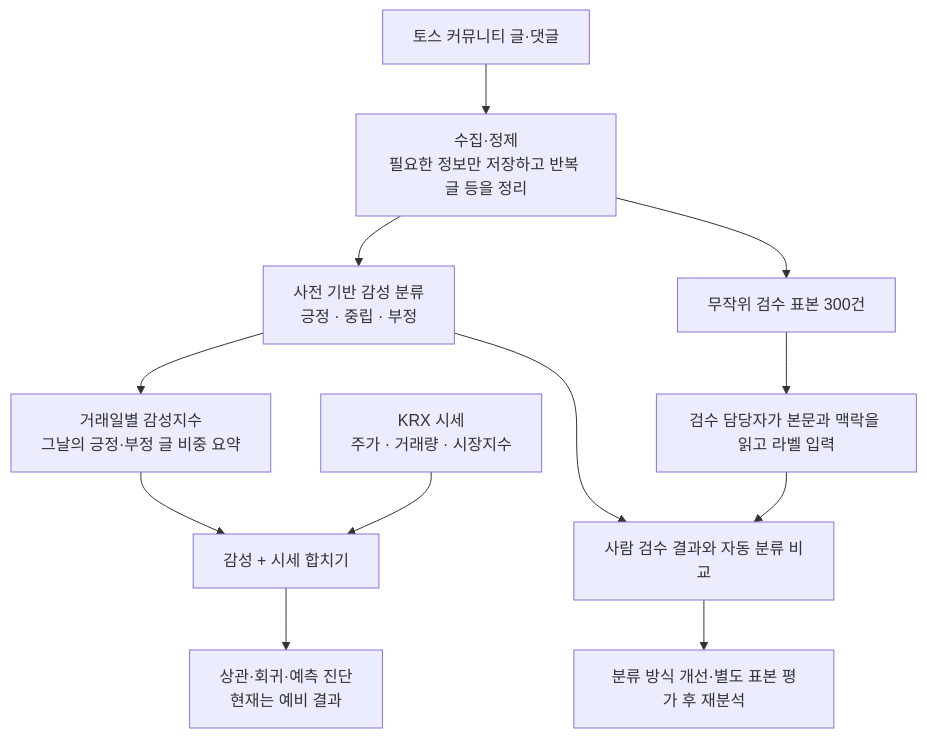
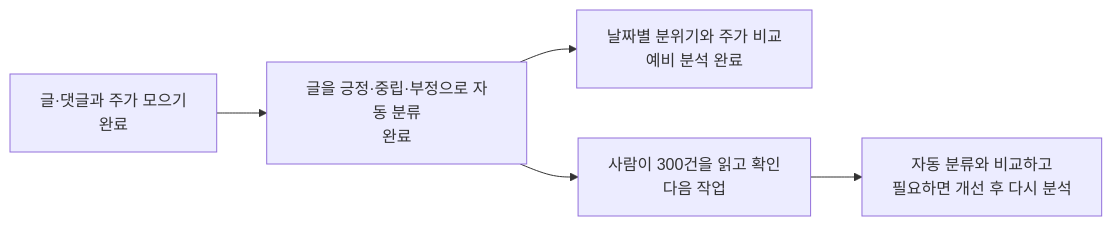
Before and after one commit to devCollegit/social_media_2026: the first of 3 diagrams in 김정기/data_collection/README.md, drawn with Mermaid. The commit also changed other lines of this file and 2 other files, not shown here.

````diff
--- a/김정기/data_collection/README.md
+++ b/김정기/data_collection/README.md
@@ -21,14 +11,7 @@
 ```mermaid
-flowchart TD
-    A["토스 커뮤니티 글·댓글"] --> B["수집·정제<br/>필요한 정보만 저장하고 반복 글 등을 정리"]
-    B --> C["사전 기반 감성 분류<br/>긍정 · 중립 · 부정"]
-    C --> D["거래일별 감성지수<br/>그날의 긍정·부정 글 비중 요약"]
-    M["KRX 시세<br/>주가 · 거래량 · 시장지수"] --> E["감성 + 시세 합치기"]
-    D --> E
-    E --> F["상관·회귀·예측 진단<br/>현재는 예비 결과"]
-    B --> R["무작위 검수 표본 300건"]
-    R --> H["검수 담당자가 본문과 맥락을 읽고 라벨 입력"]
-    H --> G["사람 검수 결과와 자동 분류 비교"]
-    C --> G
-    G --> I["분류 방식 개선·별도 표본 평가 후 재분석"]
+flowchart LR
+    A["글·댓글과 주가 모으기<br/>완료"] --> B["글을 긍정·중립·부정으로 자동 분류<br/>완료"]
+    B --> C["날짜별 분위기와 주가 비교<br/>예비 분석 완료"]
+    B --> D["사람이 300건을 읽고 확인<br/>다음 작업"]
+    D --> E["자동 분류와 비교하고<br/>필요하면 개선 후 다시 분석"]
 ```
````
